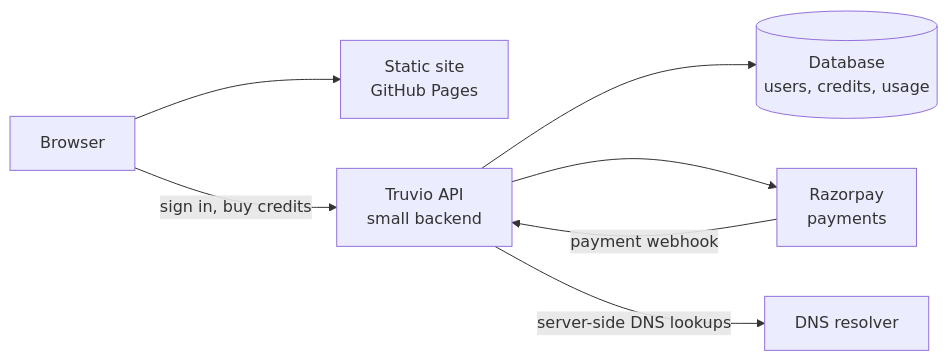
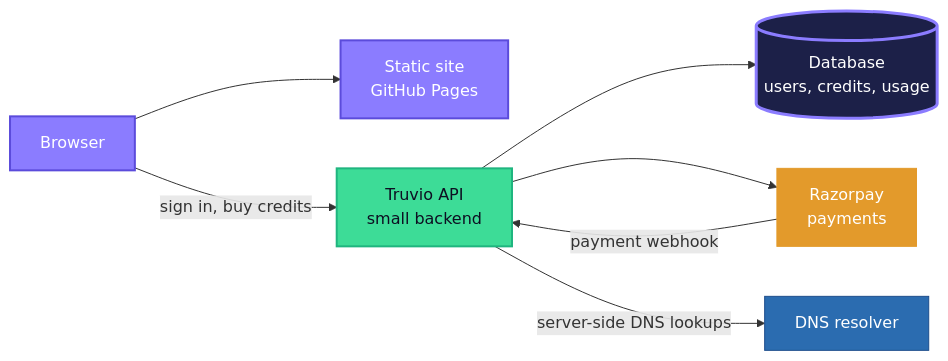
One commit to nexoradev-stack/Email-Chekkr changed the seventh of 7 diagrams in ARCHITECTURE.md. Above: the diagram before and after it, drawn with Mermaid. The commit also changed other lines of this file and 2 other files, not shown here.

First line of the commit message:
Colourful README and architecture diagrams

````diff
--- a/ARCHITECTURE.md
+++ b/ARCHITECTURE.md
@@ -190,9 +307,25 @@
 ```mermaid
 flowchart LR
   U[Browser] --> S[Static site<br/>GitHub Pages]
   U -->|sign in, buy credits| API[Truvio API<br/>small backend]
   API --> DB[(Database<br/>users, credits, usage)]
   API --> RP[Razorpay<br/>payments]
   RP -->|payment webhook| API
   API -->|server-side DNS lookups| DNS[DNS resolver]
+  classDef web fill:#8b7cff,stroke:#5b4bdb,color:#ffffff,stroke-width:2px
+  classDef api fill:#3ddc97,stroke:#1fb57f,color:#0d0f22,stroke-width:2px
+  classDef mcp fill:#f2b544,stroke:#e39a2b,color:#0d0f22,stroke-width:2px
+  classDef engine fill:#1c2048,stroke:#8b7cff,color:#ffffff,stroke-width:3px
+  classDef dns fill:#2b6cb0,stroke:#1e4e8c,color:#ffffff
+  classDef ext fill:#e2e4f0,stroke:#9aa0c8,color:#1b1d3a
+  classDef valid fill:#1fb57f,stroke:#1fb57f,color:#ffffff
+  classDef risky fill:#e39a2b,stroke:#e39a2b,color:#ffffff
+  classDef invalid fill:#dc4a3d,stroke:#dc4a3d,color:#ffffff
+  classDef unknown fill:#6b7090,stroke:#6b7090,color:#ffffff
+  classDef step fill:#eef0f8,stroke:#8b7cff,color:#1b1d3a
+  class U,S web
+  class API api
+  class DB engine
+  class RP risky
+  class DNS dns
 ```
````
